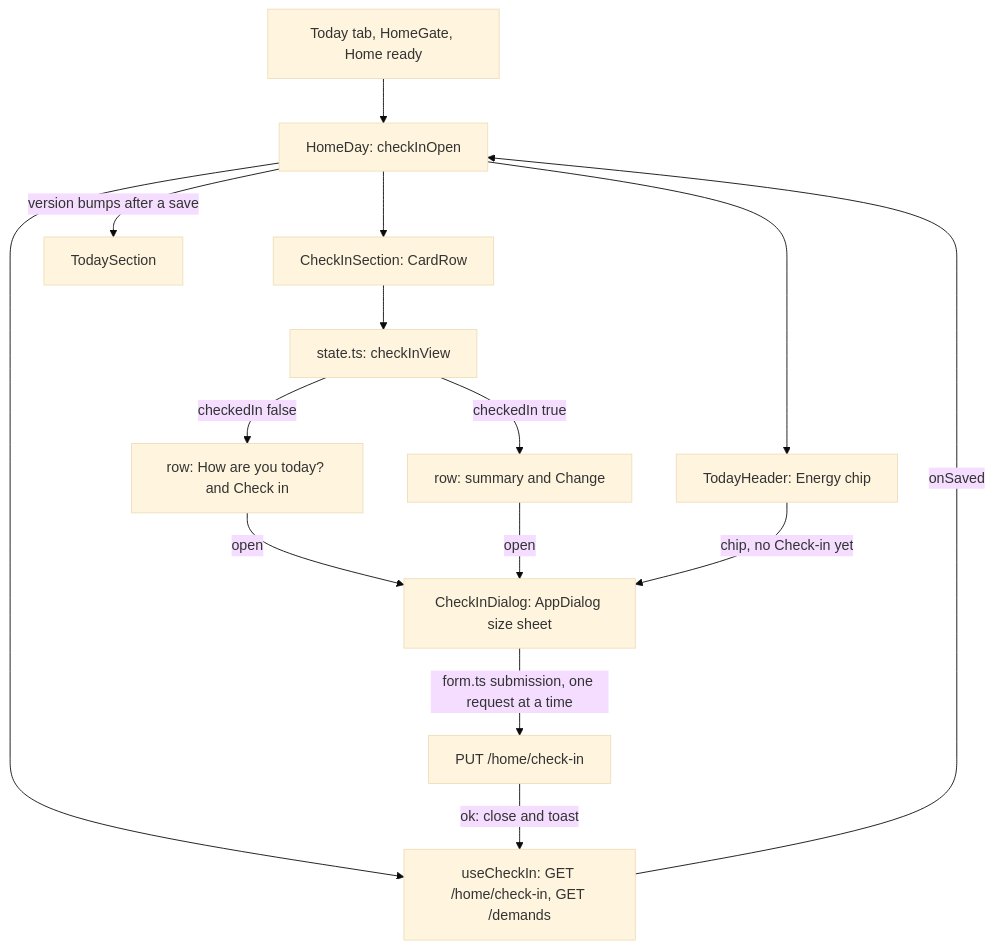
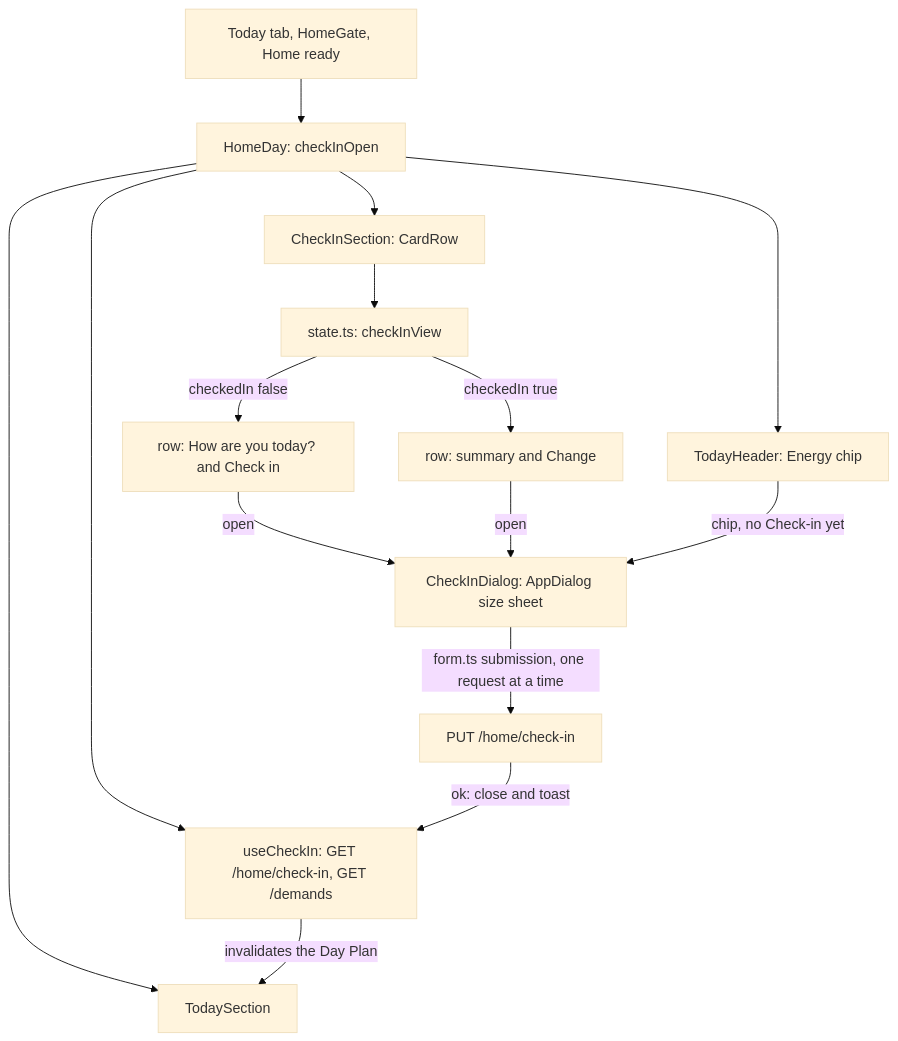
The ninth of 10 diagrams in docs/architecture/web.md (AbnerWillclefy/Homeowner), drawn with Mermaid (base theme) before and after one commit. The commit also changed other lines of this file and 1 other file, not shown here.

Commit message:
test(e2e): check an action sends no day plan read; docs(web): describe the cache writes

````diff
--- a/docs/architecture/web.md
+++ b/docs/architecture/web.md
@@ -454,17 +456,17 @@
 ```mermaid
 flowchart TD
     HS[Today tab, HomeGate, Home ready] --> HD[HomeDay: checkInOpen]
     HD --> UC[useCheckIn: GET /home/check-in, GET /demands]
     HD --> CS[CheckInSection: CardRow]
     HD --> TH[TodayHeader: Energy chip]
-    HD -->|version bumps after a save| TS[TodaySection]
+    HD --> TS[TodaySection]
     CS --> V[state.ts: checkInView]
     V -->|checkedIn false| P[row: How are you today? and Check in]
     V -->|checkedIn true| SUM[row: summary and Change]
     P -->|open| D[CheckInDialog: AppDialog size sheet]
     SUM -->|open| D
     TH -->|chip, no Check-in yet| D
     D -->|form.ts submission, one request at a time| PUT[PUT /home/check-in]
     PUT -->|ok: close and toast| UC
-    UC -->|onSaved| HD
+    UC -->|invalidates the Day Plan| TS
 ```
````
